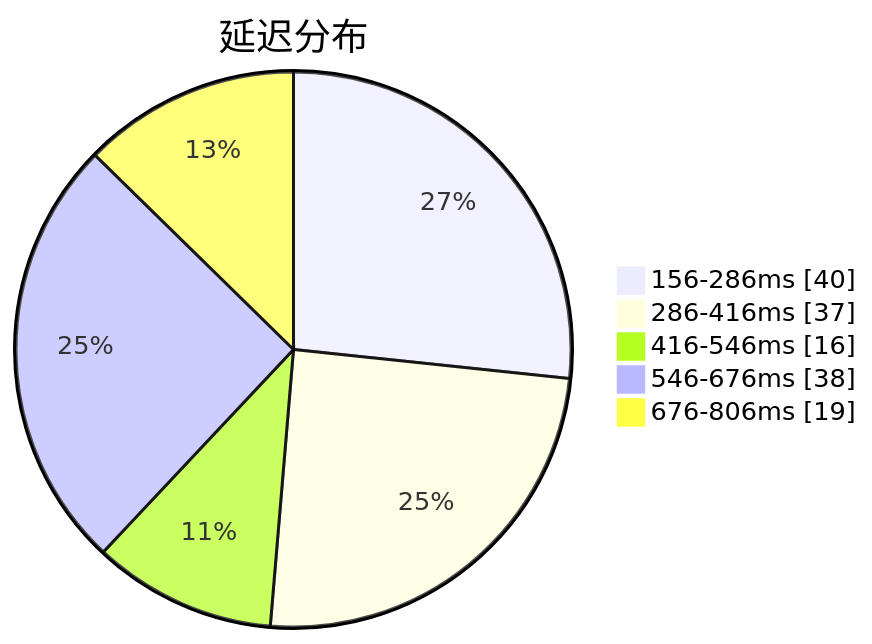
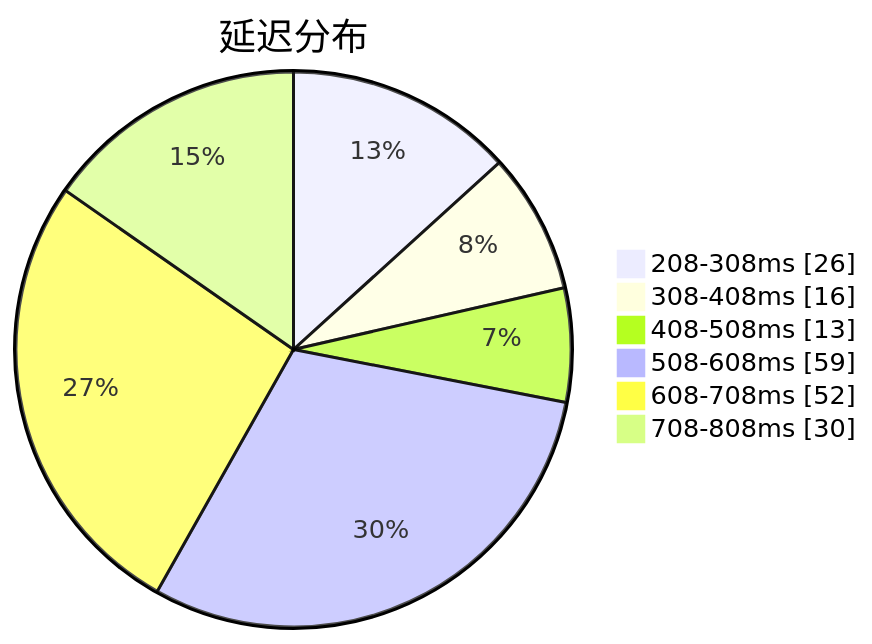
The first of 3 diagrams in subs/statistics/tested_within.md (qjlxg/airport), drawn with Mermaid before and after one commit. The commit also changed other lines of this file and 2 other files, not shown here.

````diff
--- a/subs/statistics/tested_within.md
+++ b/subs/statistics/tested_within.md
@@ -2,9 +2,10 @@
 ```mermaid
 pie showData
 title 延迟分布
-"156-286ms" : 40
-"286-416ms" : 37
-"416-546ms" : 16
-"546-676ms" : 38
-"676-806ms" : 19
+"208-308ms" : 26
+"308-408ms" : 16
+"408-508ms" : 13
+"508-608ms" : 59
+"608-708ms" : 52
+"708-808ms" : 30
 ```
````
